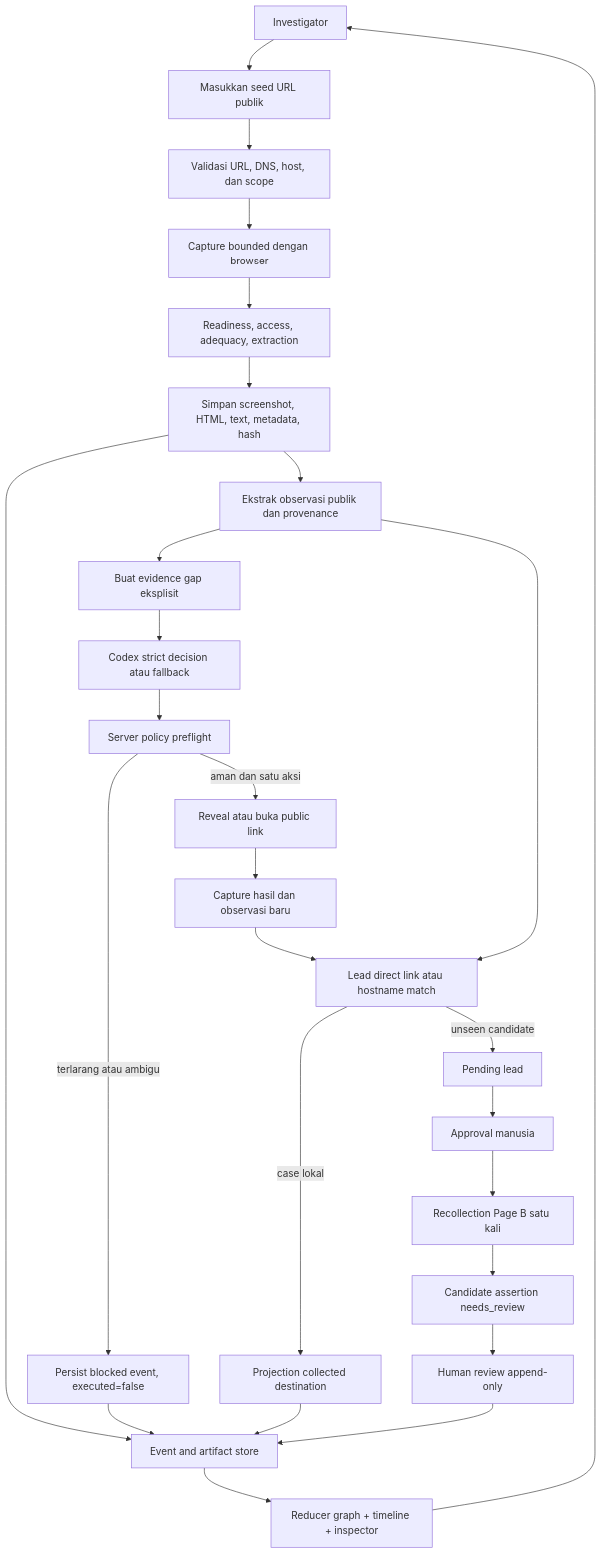
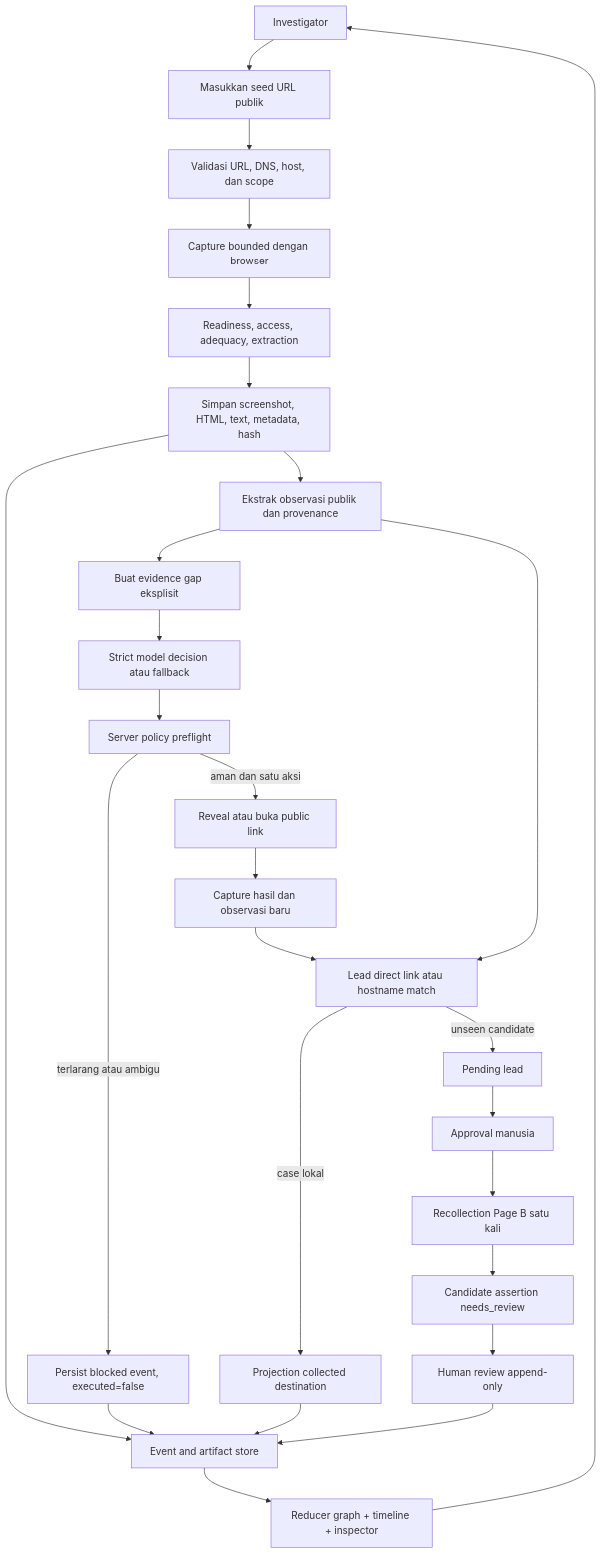
The first of 2 diagrams in gemastik-2026/BAB_5_6_7_PENGEMBANGAN_SOLUSI.md (myudak/hawkeye-judolgraph), drawn with Mermaid before and after one commit. The commit also changed other lines of this file and 22 other files, not shown here.

````diff
--- a/gemastik-2026/BAB_5_6_7_PENGEMBANGAN_SOLUSI.md
+++ b/gemastik-2026/BAB_5_6_7_PENGEMBANGAN_SOLUSI.md
@@ -199,29 +199,29 @@
 ```mermaid
 flowchart TD
     U["Investigator"] --> S["Masukkan seed URL publik"]
     S --> V["Validasi URL, DNS, host, dan scope"]
     V --> C["Capture bounded dengan browser"]
     C --> R["Readiness, access, adequacy, extraction"]
     R --> A["Simpan screenshot, HTML, text, metadata, hash"]
     A --> O["Ekstrak observasi publik dan provenance"]
     O --> G["Buat evidence gap eksplisit"]
-    G --> D["Codex strict decision atau fallback"]
+    G --> D["Strict model decision atau fallback"]
     D --> P["Server policy preflight"]
     P -->|"aman dan satu aksi"| I["Reveal atau buka public link"]
     P -->|"terlarang atau ambigu"| B["Persist blocked event, executed=false"]
     I --> O2["Capture hasil dan observasi baru"]
     O2 --> L["Lead direct link atau hostname match"]
     O --> L
     L -->|"case lokal"| K["Projection collected destination"]
     L -->|"unseen candidate"| H["Pending lead"]
     H --> Q["Approval manusia"]
     Q --> W["Recollection Page B satu kali"]
     W --> N["Candidate assertion needs_review"]
     N --> T["Human review append-only"]
     A --> E["Event and artifact store"]
     B --> E
     K --> E
     T --> E
     E --> X["Reducer graph + timeline + inspector"]
     X --> U
 ```
````
